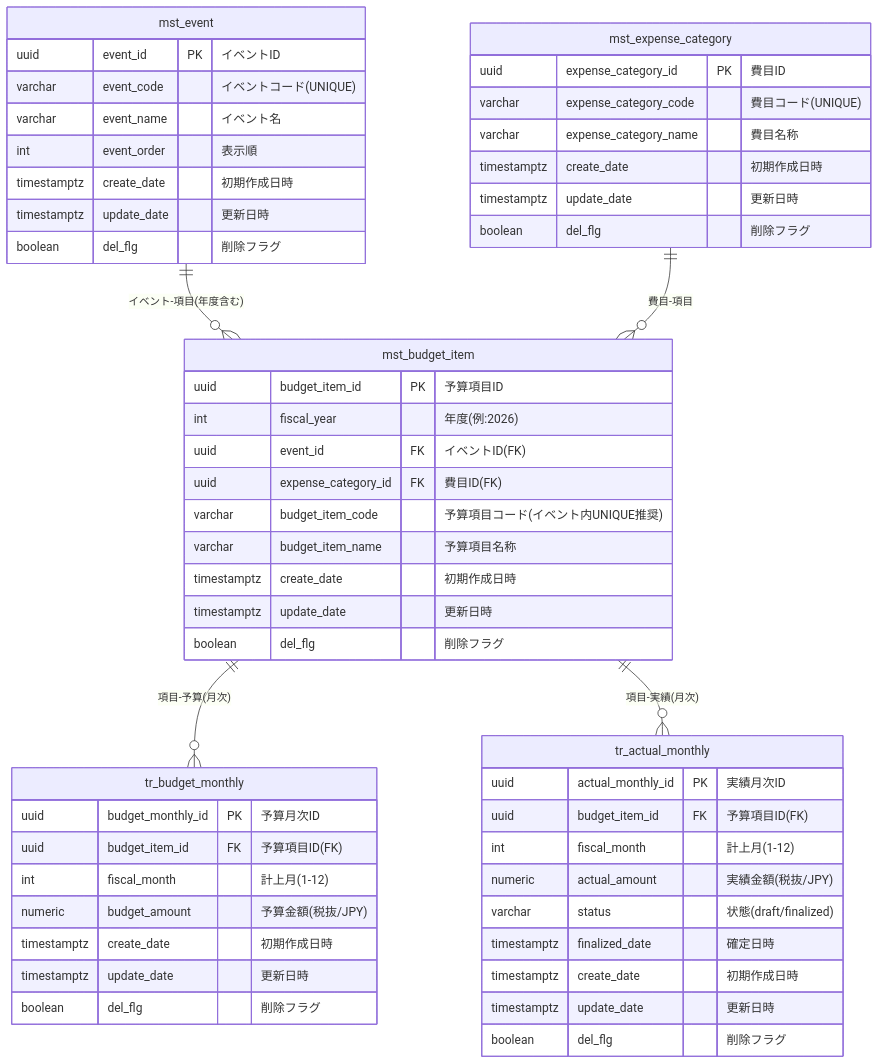
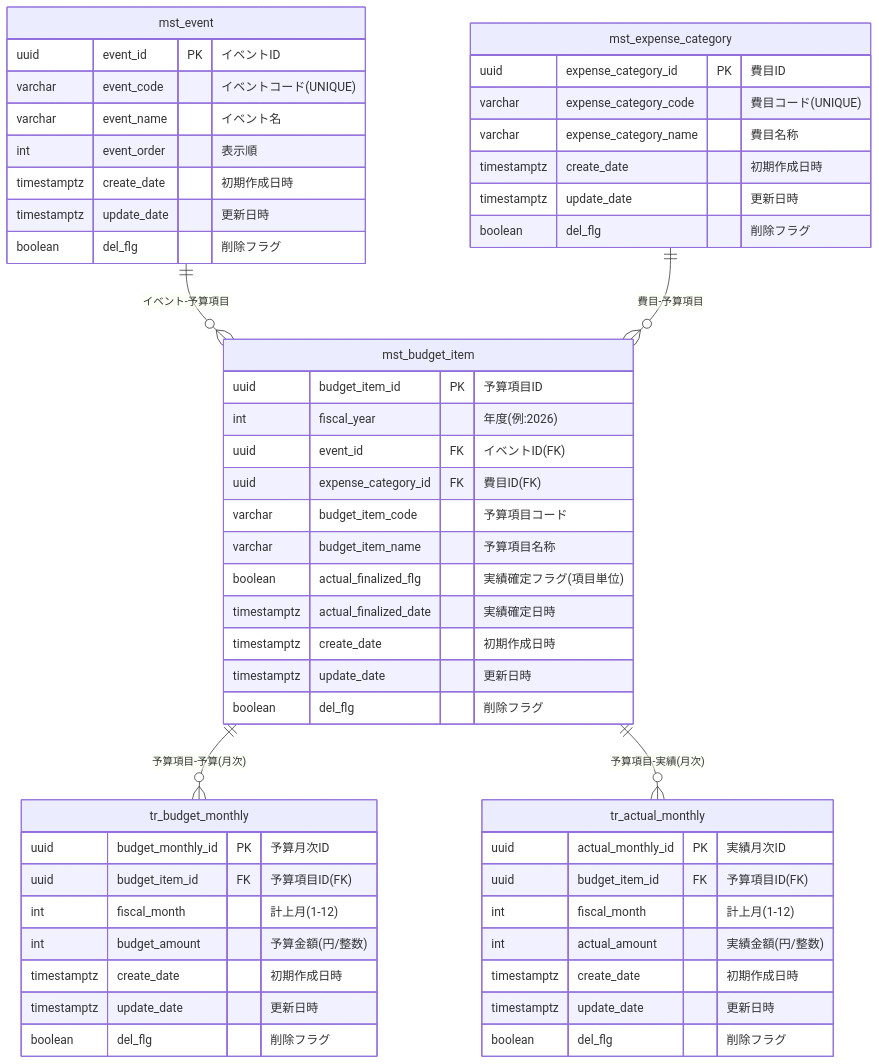
One commit to ozkknnt/ExpenseBudgetManager changed the diagram in docs/Er.md. Above: the diagram before and after it, drawn with Mermaid. The commit also changed other lines of this file and 54 other files, not shown here.

````diff
--- a/docs/Er.md
+++ b/docs/Er.md
@@ -2,60 +8,60 @@
 ```mermaid
 erDiagram
   mst_event {
-    uuid event_id PK          "イベントID"
-    varchar event_code        "イベントコード(UNIQUE)"
-    varchar event_name        "イベント名"
-    int event_order           "表示順"
-    timestamptz create_date   "初期作成日時"
-    timestamptz update_date   "更新日時"
-    boolean del_flg           "削除フラグ"
+    uuid event_id PK                  "イベントID"
+    varchar event_code                "イベントコード(UNIQUE)"
+    varchar event_name                "イベント名"
+    int event_order                   "表示順"
+    timestamptz create_date           "初期作成日時"
+    timestamptz update_date           "更新日時"
+    boolean del_flg                   "削除フラグ"
   }
 
   mst_expense_category {
-    uuid expense_category_id PK        "費目ID"
-    varchar expense_category_code      "費目コード(UNIQUE)"
-    varchar expense_category_name      "費目名称"
-    timestamptz create_date            "初期作成日時"
-    timestamptz update_date            "更新日時"
-    boolean del_flg                    "削除フラグ"
+    uuid expense_category_id PK       "費目ID"
+    varchar expense_category_code     "費目コード(UNIQUE)"
+    varchar expense_category_name     "費目名称"
+    timestamptz create_date           "初期作成日時"
+    timestamptz update_date           "更新日時"
+    boolean del_flg                   "削除フラグ"
   }
 
   mst_budget_item {
-    uuid budget_item_id PK             "予算項目ID"
-    int fiscal_year                    "年度(例:2026)"
-    uuid event_id FK                   "イベントID(FK)"
-    uuid expense_category_id FK        "費目ID(FK)"
-    varchar budget_item_code           "予算項目コード(イベント内UNIQUE推奨)"
-    varchar budget_item_name           "予算項目名称"
-    timestamptz create_date            "初期作成日時"
-    timestamptz update_date            "更新日時"
-    boolean del_flg                    "削除フラグ"
+    uuid budget_item_id PK            "予算項目ID"
+    int fiscal_year                   "年度(例:2026)"
+    uuid event_id FK                  "イベントID(FK)"
+    uuid expense_category_id FK       "費目ID(FK)"
+    varchar budget_item_code          "予算項目コード"
+    varchar budget_item_name          "予算項目名称"
+    boolean actual_finalized_flg      "実績確定フラグ(項目単位)"
+    timestamptz actual_finalized_date "実績確定日時"
+    timestamptz create_date           "初期作成日時"
+    timestamptz update_date           "更新日時"
+    boolean del_flg                   "削除フラグ"
   }
 
   tr_budget_monthly {
-    uuid budget_monthly_id PK          "予算月次ID"
-    uuid budget_item_id FK             "予算項目ID(FK)"
-    int fiscal_month                   "計上月(1-12)"
-    numeric budget_amount              "予算金額(税抜/JPY)"
-    timestamptz create_date            "初期作成日時"
-    timestamptz update_date            "更新日時"
-    boolean del_flg                    "削除フラグ"
+    uuid budget_monthly_id PK         "予算月次ID"
+    uuid budget_item_id FK            "予算項目ID(FK)"
+    int fiscal_month                  "計上月(1-12)"
+    int budget_amount                 "予算金額(円/整数)"
+    timestamptz create_date           "初期作成日時"
+    timestamptz update_date           "更新日時"
+    boolean del_flg                   "削除フラグ"
   }
 
   tr_actual_monthly {
-    uuid actual_monthly_id PK          "実績月次ID"
-    uuid budget_item_id FK             "予算項目ID(FK)"
-    int fiscal_month                   "計上月(1-12)"
-    numeric actual_amount              "実績金額(税抜/JPY)"
-    varchar status                     "状態(draft/finalized)"
-    timestamptz finalized_date         "確定日時"
-    timestamptz create_date            "初期作成日時"
-    timestamptz update_date            "更新日時"
-    boolean del_flg                    "削除フラグ"
+    uuid actual_monthly_id PK         "実績月次ID"
+    uuid budget_item_id FK            "予算項目ID(FK)"
+    int fiscal_month                  "計上月(1-12)"
+    int actual_amount                 "実績金額(円/整数)"
+    timestamptz create_date           "初期作成日時"
+    timestamptz update_date           "更新日時"
+    boolean del_flg                   "削除フラグ"
   }
 
-  mst_event ||--o{ mst_budget_item : "イベント-項目(年度含む)"
-  mst_expense_category ||--o{ mst_budget_item : "費目-項目"
-  mst_budget_item ||--o{ tr_budget_monthly : "項目-予算(月次)"
-  mst_budget_item ||--o{ tr_actual_monthly : "項目-実績(月次)"
+  mst_event ||--o{ mst_budget_item : "イベント-予算項目"
+  mst_expense_category ||--o{ mst_budget_item : "費目-予算項目"
+  mst_budget_item ||--o{ tr_budget_monthly : "予算項目-予算(月次)"
+  mst_budget_item ||--o{ tr_actual_monthly : "予算項目-実績(月次)"
 ```
````
